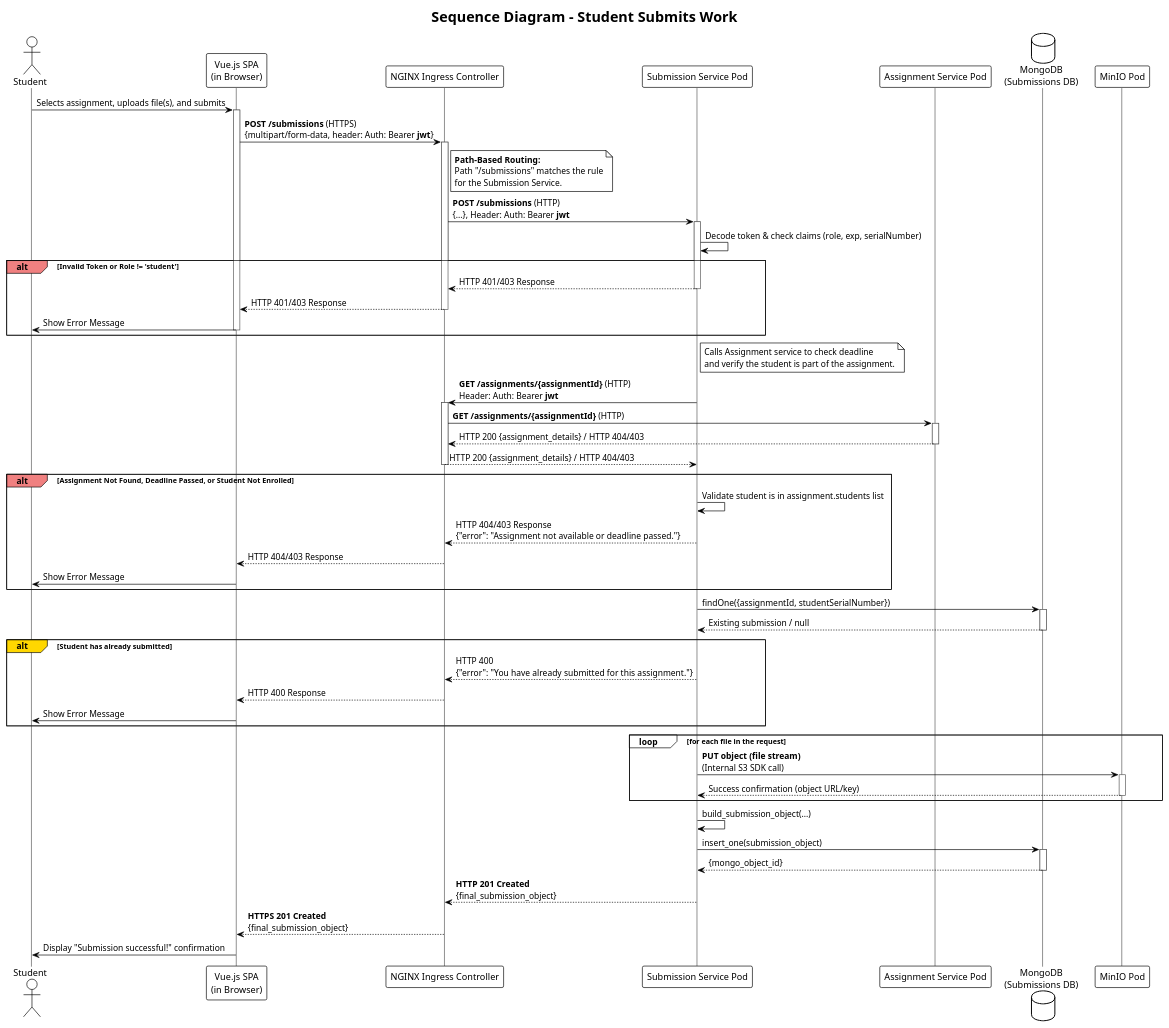
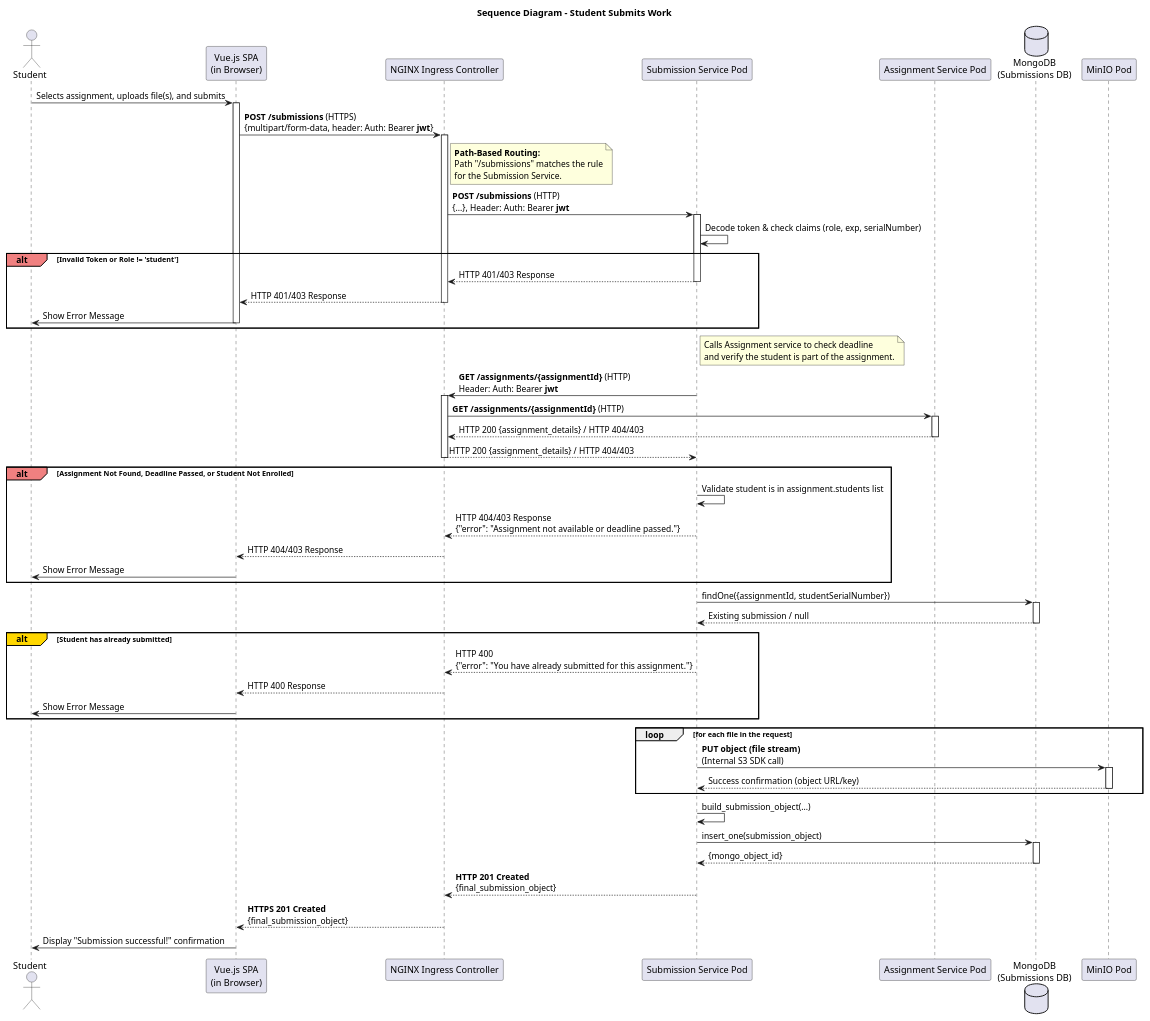
The diagram in Documentation/Diagrams/Sequence_diagrams/Submission.puml (EmmeOnWork/peer-review-platform), drawn with PlantUML before and after one commit. The commit also changed 2 other files, not shown here.

```diff
--- a/Documentation/Diagrams/Sequence_diagrams/Submission.puml
+++ b/Documentation/Diagrams/Sequence_diagrams/Submission.puml
@@ -1,110 +1,100 @@
 @startuml
 title Sequence Diagram - Student Submits Work
-
-!theme plain
-skinparam sequence {
-    ArrowColor Black
-    ActorBorderColor Black
-    LifeLineBorderColor #555555
-    ParticipantBorderColor Black
-    BoxBorderColor #555555
-    BoxBackgroundColor #F8F8F8
-}
 
 actor Student
 participant "Vue.js SPA\n(in Browser)" as FrontendApp
 participant "NGINX Ingress Controller" as Ingress
 participant "Submission Service Pod" as SubmissionServicePod
 participant "Assignment Service Pod" as AssignmentServicePod
 database "MongoDB\n(Submissions DB)" as DBSubmission
 participant "MinIO Pod" as MinIO
 
 Student -> FrontendApp: Selects assignment, uploads file(s), and submits
 activate FrontendApp
 
 FrontendApp -> Ingress: **POST /submissions** (HTTPS)\n{multipart/form-data, header: Auth: Bearer **jwt**}
 activate Ingress
 
 note right of Ingress
   **Path-Based Routing:**
   Path "/submissions" matches the rule
   for the Submission Service.
 end note
 
 Ingress -> SubmissionServicePod: **POST /submissions** (HTTP)\n{...}, Header: Auth: Bearer **jwt**
 activate SubmissionServicePod
 
 ' Step 1: JWT Validation and get student's serial number
 SubmissionServicePod -> SubmissionServicePod: Decode token & check claims (role, exp, serialNumber)
 alt#LightCoral #White Invalid Token or Role != 'student'
     SubmissionServicePod --> Ingress: HTTP 401/403 Response
     deactivate SubmissionServicePod
     Ingress --> FrontendApp: HTTP 401/403 Response
     deactivate Ingress
     FrontendApp -> Student: Show Error Message
     deactivate FrontendApp
 end
 
 ' Step 2: Validate assignment, deadline, and student enrollment
 note right of SubmissionServicePod
   Calls Assignment service to check deadline
   and verify the student is part of the assignment.
 end note
 SubmissionServicePod -> Ingress: **GET /assignments/{assignmentId}** (HTTP)\nHeader: Auth: Bearer **jwt**
 activate Ingress
 Ingress -> AssignmentServicePod: **GET /assignments/{assignmentId}** (HTTP)
 activate AssignmentServicePod
 AssignmentServicePod --> Ingress: HTTP 200 {assignment_details} / HTTP 404/403
 deactivate AssignmentServicePod
 Ingress --> SubmissionServicePod: HTTP 200 {assignment_details} / HTTP 404/403
 deactivate Ingress
 
 alt#LightCoral #White Assignment Not Found, Deadline Passed, or Student Not Enrolled
     SubmissionServicePod -> SubmissionServicePod: Validate student is in assignment.students list
     SubmissionServicePod --> Ingress: HTTP 404/403 Response\n{"error": "Assignment not available or deadline passed."}
     deactivate SubmissionServicePod
     Ingress --> FrontendApp: HTTP 404/403 Response
     FrontendApp -> Student: Show Error Message
     deactivate FrontendApp
 end
 
 ' Step 3: Check if student has already submitted
 SubmissionServicePod -> DBSubmission: findOne({assignmentId, studentSerialNumber})
 activate DBSubmission
 DBSubmission --> SubmissionServicePod: Existing submission / null
 deactivate DBSubmission
 
 alt#Gold #White Student has already submitted
     SubmissionServicePod --> Ingress: HTTP 400\n{"error": "You have already submitted for this assignment."}
     deactivate SubmissionServicePod
     Ingress --> FrontendApp: HTTP 400 Response
     FrontendApp -> Student: Show Error Message
     deactivate FrontendApp
 end
 
 ' Step 4: Upload file attachments to MinIO (S3-compatible storage)
 loop for each file in the request
     SubmissionServicePod -> MinIO: **PUT object (file stream)**\n(Internal S3 SDK call)
     activate MinIO
     MinIO --> SubmissionServicePod: Success confirmation (object URL/key)
     deactivate MinIO
 end
 
 ' Step 5: Save submission metadata to database
 SubmissionServicePod -> SubmissionServicePod: build_submission_object(...)
 SubmissionServicePod -> DBSubmission: insert_one(submission_object)
 activate DBSubmission
 DBSubmission --> SubmissionServicePod: {mongo_object_id}
 deactivate DBSubmission
 
 ' Step 6: Return success response
 SubmissionServicePod --> Ingress: **HTTP 201 Created**\n{final_submission_object}
 deactivate SubmissionServicePod
 
 Ingress --> FrontendApp: **HTTPS 201 Created**\n{final_submission_object}
 deactivate Ingress
 
 FrontendApp -> Student: Display "Submission successful!" confirmation
 deactivate FrontendApp
 
 @enduml
```
